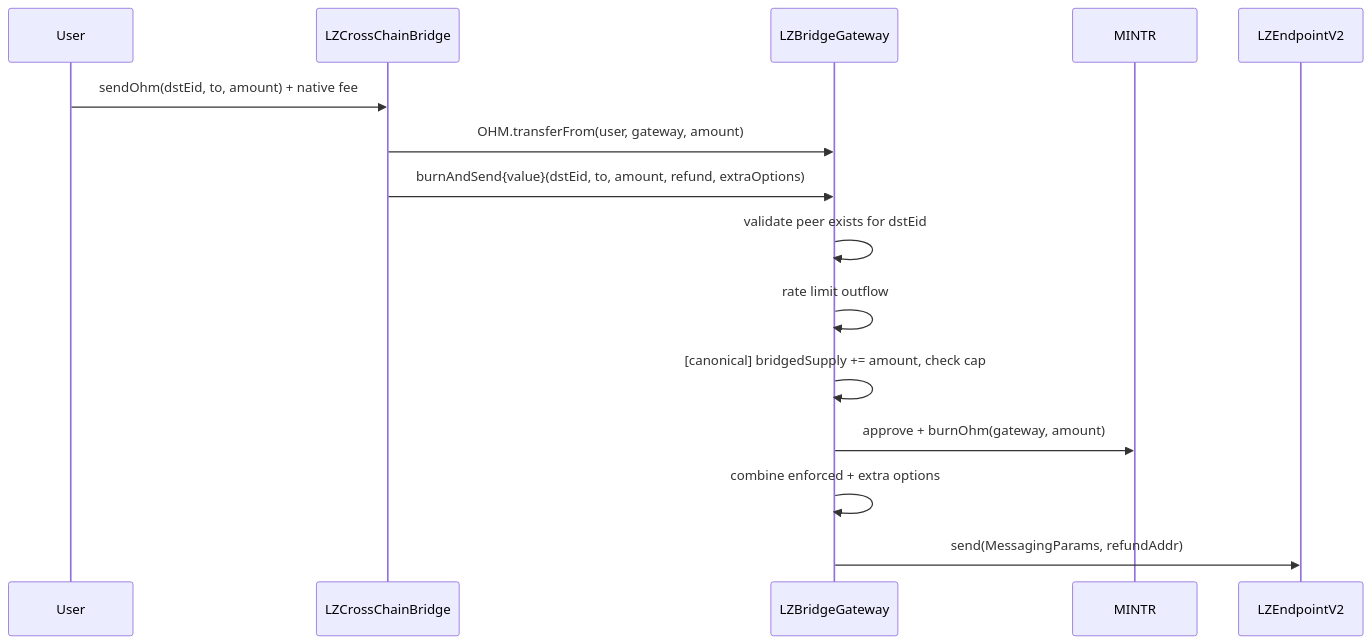
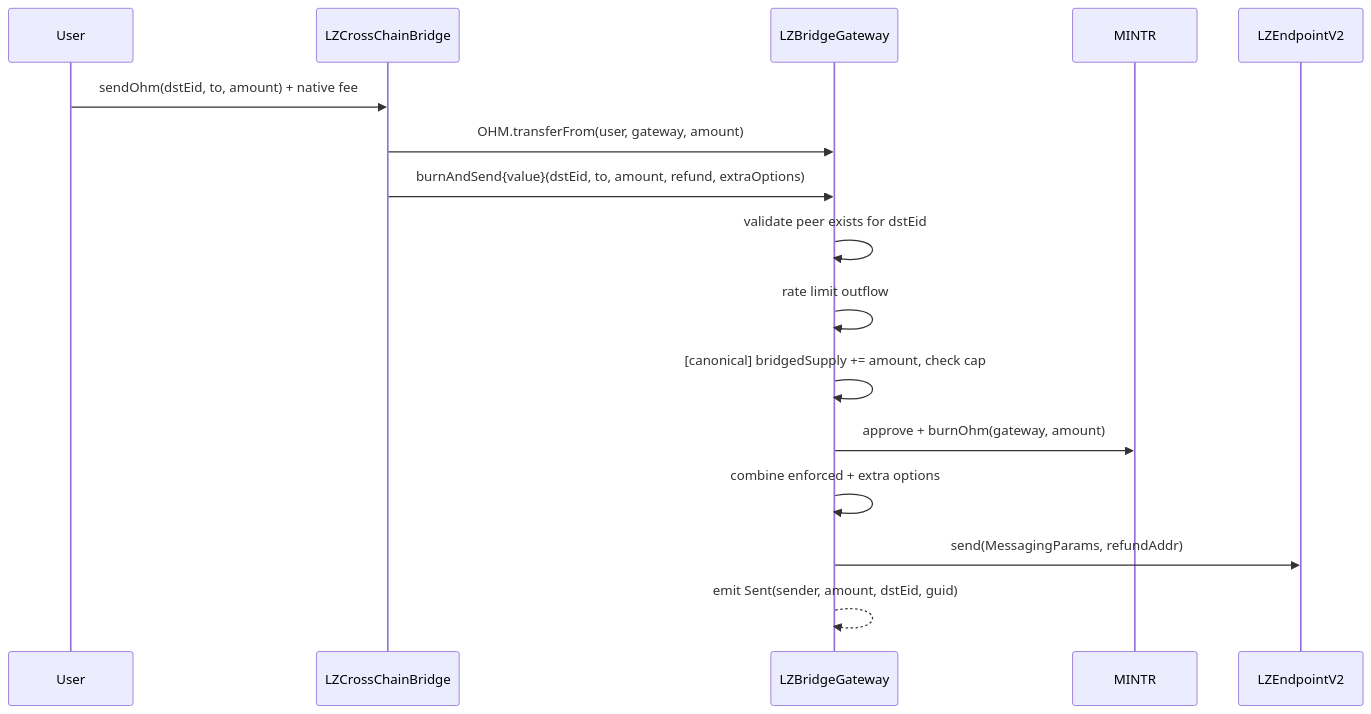
One commit to OlympusDAO/olympus-v3 changed the first of 2 diagrams in audit/2026-03_lz-bridge-upgrade/README.md. Above: the diagram before and after it, drawn with Mermaid. The commit also changed other lines of this file, not shown here.

````diff
--- a/audit/2026-03_lz-bridge-upgrade/README.md
+++ b/audit/2026-03_lz-bridge-upgrade/README.md
@@ -118,18 +129,19 @@
 ```mermaid
 sequenceDiagram
     participant User
     participant LZCrossChainBridge
     participant LZBridgeGateway
     participant MINTR
     participant LZEndpointV2
 
     User->>LZCrossChainBridge: sendOhm(dstEid, to, amount) + native fee
     LZCrossChainBridge->>LZBridgeGateway: OHM.transferFrom(user, gateway, amount)
     LZCrossChainBridge->>LZBridgeGateway: burnAndSend{value}(dstEid, to, amount, refund, extraOptions)
     LZBridgeGateway->>LZBridgeGateway: validate peer exists for dstEid
     LZBridgeGateway->>LZBridgeGateway: rate limit outflow
     LZBridgeGateway->>LZBridgeGateway: [canonical] bridgedSupply += amount, check cap
     LZBridgeGateway->>MINTR: approve + burnOhm(gateway, amount)
     LZBridgeGateway->>LZBridgeGateway: combine enforced + extra options
     LZBridgeGateway->>LZEndpointV2: send(MessagingParams, refundAddr)
+    LZBridgeGateway-->>LZBridgeGateway: emit Sent(sender, amount, dstEid, guid)
 ```
````
